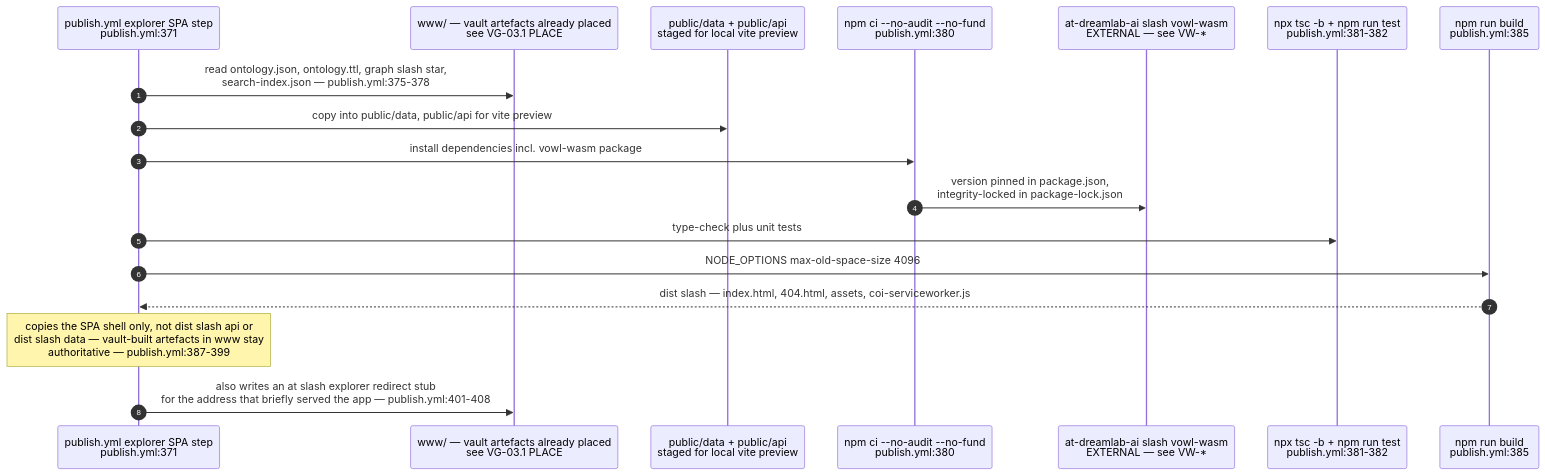
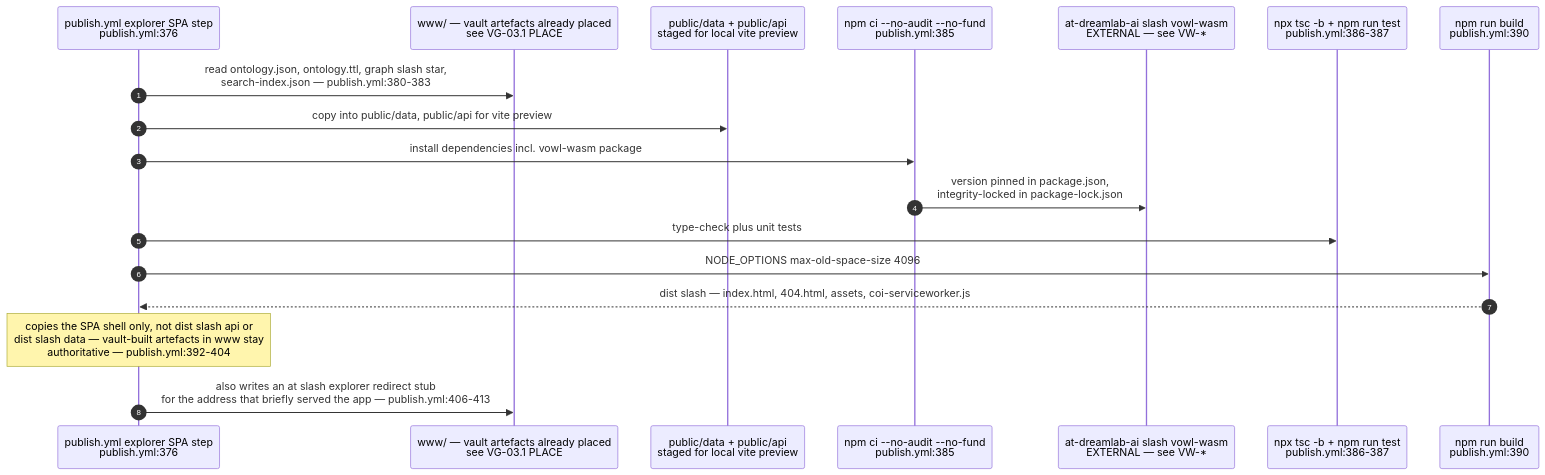
One commit to DreamLab-AI/VisionFlow changed the second of 4 diagrams in docs/diagrams/visiongraph/03-publish-pipeline-and-explorer-build.md. Above: the diagram before and after it, drawn with Mermaid. The commit also changed other lines of this file and 94 other files, not shown here.

First line of the commit message:
docs(diagrams): re-verify 130 topics against 2 October HEADs

````diff
--- a/docs/diagrams/visiongraph/03-publish-pipeline-and-explorer-build.md
+++ b/docs/diagrams/visiongraph/03-publish-pipeline-and-explorer-build.md
@@ -37,21 +42,21 @@
 ```mermaid
 sequenceDiagram
     autonumber
-    participant JOB as publish.yml explorer SPA step<br/>publish.yml:371
+    participant JOB as publish.yml explorer SPA step<br/>publish.yml:376
     participant WWW as www/ — vault artefacts already placed<br/>see VG-03.1 PLACE
     participant STAGE as public/data + public/api<br/>staged for local vite preview
-    participant NPM as npm ci --no-audit --no-fund<br/>publish.yml:380
+    participant NPM as npm ci --no-audit --no-fund<br/>publish.yml:385
     participant VW as at-dreamlab-ai slash vowl-wasm<br/>EXTERNAL — see VW-*
-    participant TSC as npx tsc -b + npm run test<br/>publish.yml:381-382
-    participant VITE as npm run build<br/>publish.yml:385
+    participant TSC as npx tsc -b + npm run test<br/>publish.yml:386-387
+    participant VITE as npm run build<br/>publish.yml:390
 
-    JOB->>WWW: read ontology.json, ontology.ttl, graph slash star,<br/>search-index.json — publish.yml:375-378
+    JOB->>WWW: read ontology.json, ontology.ttl, graph slash star,<br/>search-index.json — publish.yml:380-383
     JOB->>STAGE: copy into public/data, public/api for vite preview
     JOB->>NPM: install dependencies incl. vowl-wasm package
     NPM->>VW: version pinned in package.json,<br/>integrity-locked in package-lock.json
     JOB->>TSC: type-check plus unit tests
     JOB->>VITE: NODE_OPTIONS max-old-space-size 4096
     VITE-->>JOB: dist slash — index.html, 404.html, assets, coi-serviceworker.js
-    Note over JOB: copies the SPA shell only, not dist slash api or<br/>dist slash data — vault-built artefacts in www stay<br/>authoritative — publish.yml:387-399
-    JOB->>WWW: also writes an at slash explorer redirect stub<br/>for the address that briefly served the app — publish.yml:401-408
+    Note over JOB: copies the SPA shell only, not dist slash api or<br/>dist slash data — vault-built artefacts in www stay<br/>authoritative — publish.yml:392-404
+    JOB->>WWW: also writes an at slash explorer redirect stub<br/>for the address that briefly served the app — publish.yml:406-413
 ```
````
